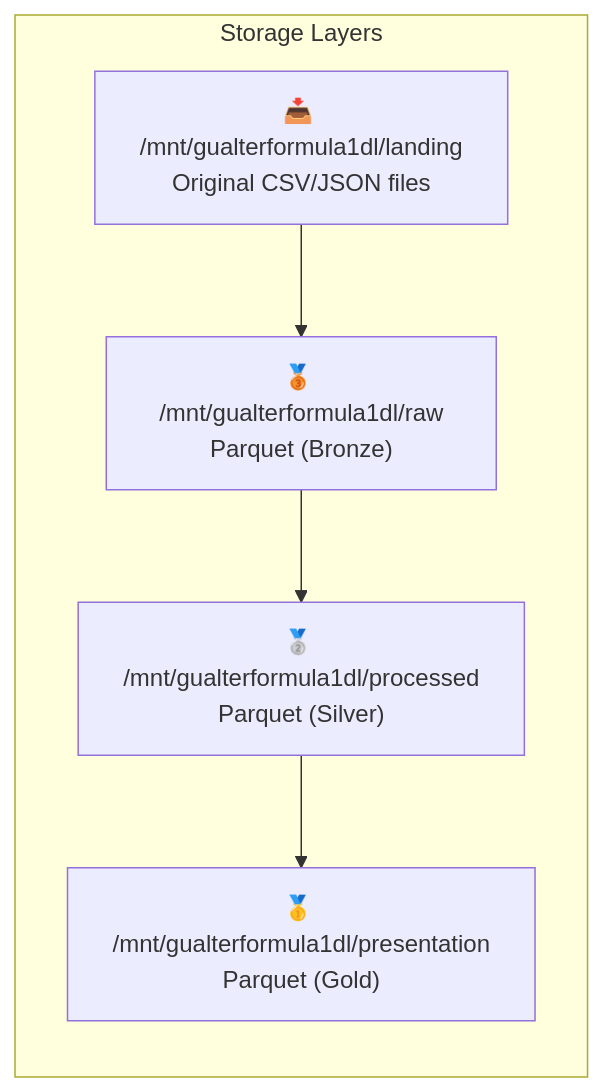
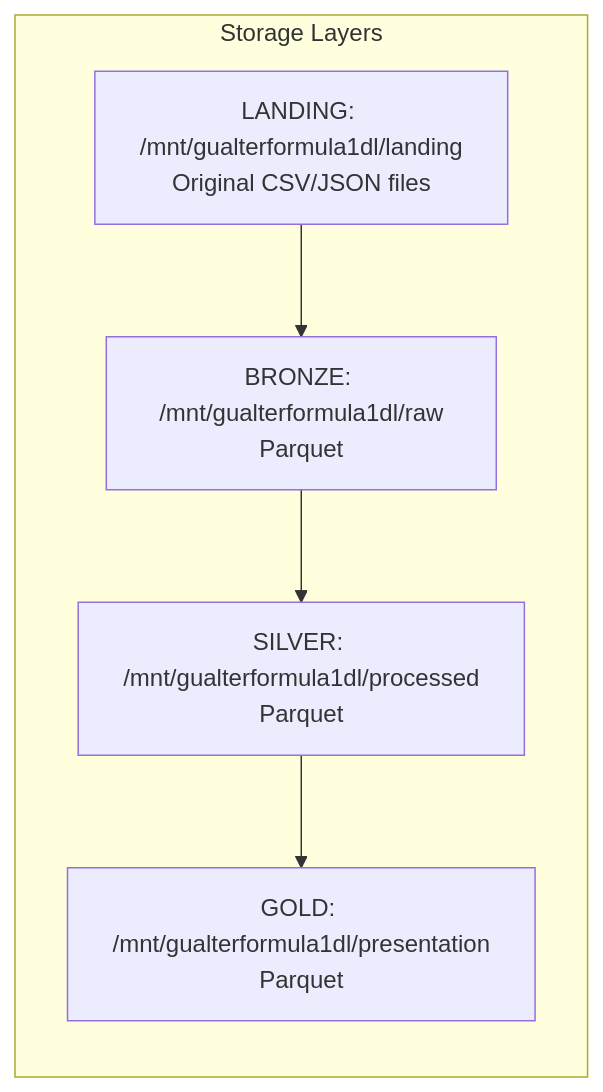
Before and after one commit to rgualter/ci-cd-dlt-pipeline: the second of 7 diagrams in docs/formula1-etl.md, drawn with Mermaid. The commit also changed other lines of this file and 7 other files, not shown here.

````diff
--- a/docs/formula1-etl.md
+++ b/docs/formula1-etl.md
@@ -76,12 +83,12 @@
 ```mermaid
 flowchart TB
     subgraph Storage["Storage Layers"]
         direction TB
-        L["📥 /mnt/gualterformula1dl/landing<br/>Original CSV/JSON files"]
-        R["🥉 /mnt/gualterformula1dl/raw<br/>Parquet (Bronze)"]
-        P["🥈 /mnt/gualterformula1dl/processed<br/>Parquet (Silver)"]
-        PR["🥇 /mnt/gualterformula1dl/presentation<br/>Parquet (Gold)"]
+        L["LANDING: /mnt/gualterformula1dl/landing<br/>Original CSV/JSON files"]
+        R["BRONZE: /mnt/gualterformula1dl/raw<br/>Parquet"]
+        P["SILVER: /mnt/gualterformula1dl/processed<br/>Parquet"]
+        PR["GOLD: /mnt/gualterformula1dl/presentation<br/>Parquet"]
     end
     
     L --> R --> P --> PR
 ```
````
